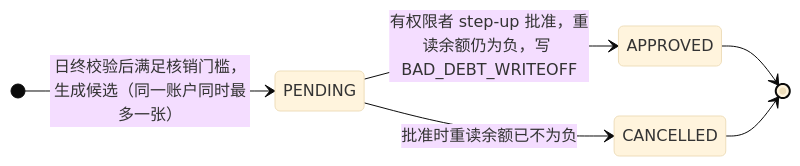
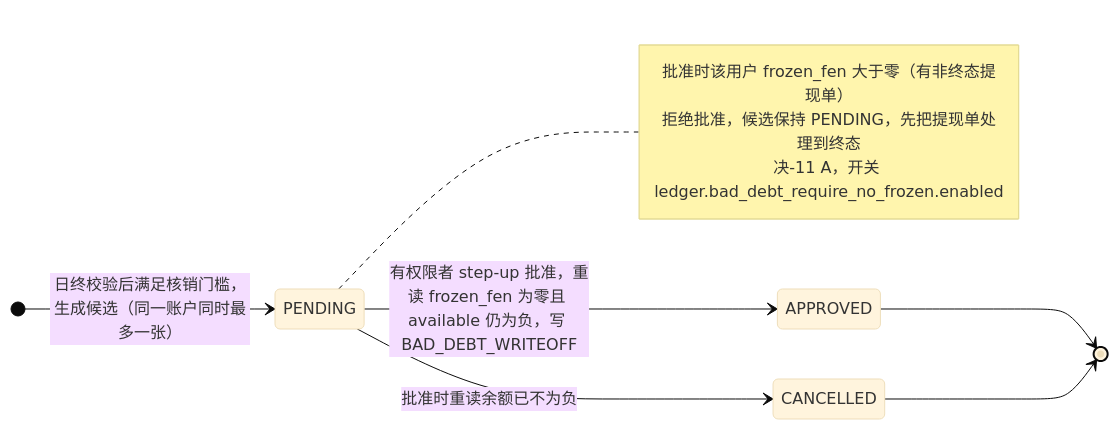
Diagram 25 of 44 in 规划/12_关键流程与状态图.md (zora4523-bot/couli), drawn with Mermaid (base theme) before and after one commit. The commit also changed other lines of this file, not shown here.

Commit message:
docs(12): redraw §4.10 balance (REASSIGN_REV may go negative, blocked_reason cleared in the recovery transaction) and §4.11 write-off (approval refused while withdrawals are frozen); add §4.13 reassignment (R14) with per-account reversal, re-credit under BR-CALC-13 and reassign_id keys

````diff
--- a/规划/12_关键流程与状态图.md
+++ b/规划/12_关键流程与状态图.md
@@ -1839,9 +1839,14 @@
 ```mermaid
 stateDiagram-v2
   direction LR
   [*] --> PENDING: 日终校验后满足核销门槛，生成候选（同一账户同时最多一张）
-  PENDING --> APPROVED: 有权限者 step-up 批准，重读余额仍为负，写 BAD_DEBT_WRITEOFF
+  PENDING --> APPROVED: 有权限者 step-up 批准，重读 frozen_fen 为零且 available 仍为负，写 BAD_DEBT_WRITEOFF
   PENDING --> CANCELLED: 批准时重读余额已不为负
   APPROVED --> [*]
   CANCELLED --> [*]
+  note right of PENDING
+    批准时该用户 frozen_fen 大于零（有非终态提现单）
+    拒绝批准，候选保持 PENDING，先把提现单处理到终态
+    决-11 A，开关 ledger.bad_debt_require_no_frozen.enabled
+  end note
 ```
````
